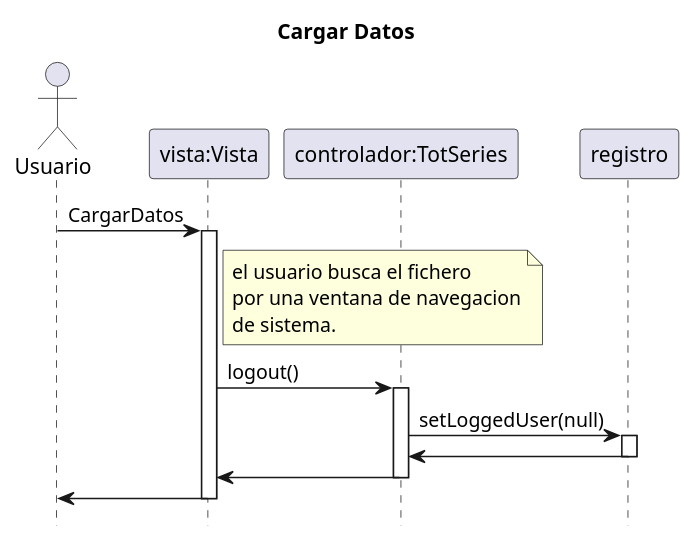
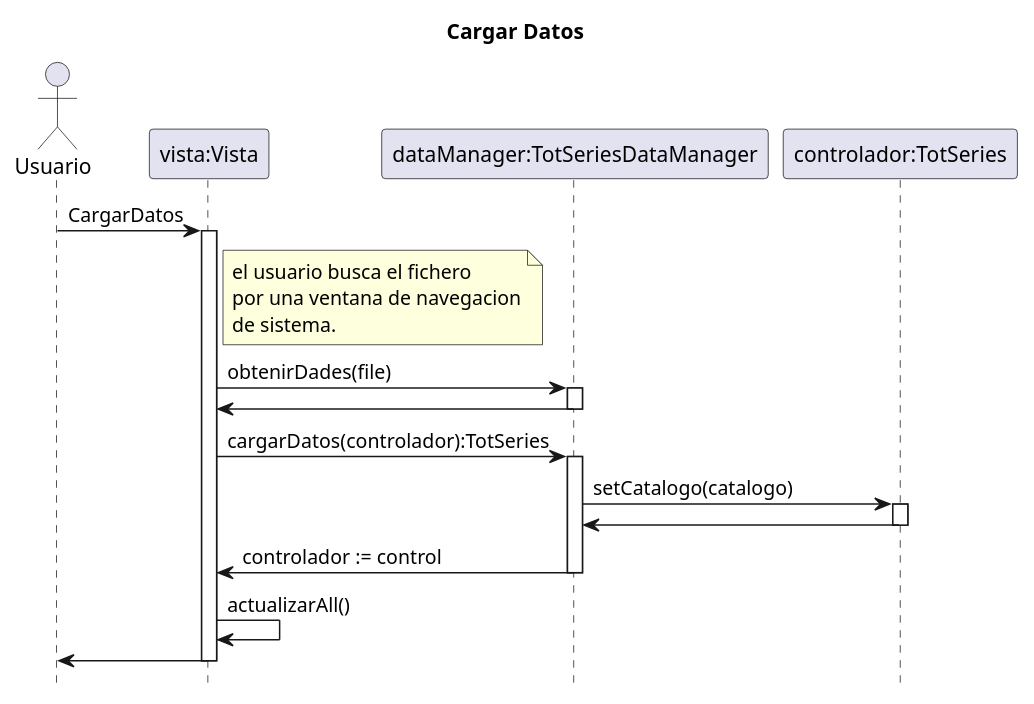
The diagram in src/totseries/Uml/Secuencia/Diagrama de secuencia CargarDatos.puml (MrViciao/TotSeries), drawn with PlantUML before and after one commit. The commit also changed 8 other files, not shown here.

Commit message:
Elimine los diagramas de secuencia anteriores Actualizacion de Diagrama AsignarVIP y cargarDatos

```diff
--- a/src/totseries/Uml/Secuencia/Diagrama de secuencia CargarDatos.puml
+++ b/src/totseries/Uml/Secuencia/Diagrama de secuencia CargarDatos.puml
@@ -1,26 +1,34 @@
 @startuml
 title		Cargar Datos
 hide	footbox
 
 actor	Usuario as usuario
 participant "vista:Vista" as vista
+participant "dataManager:TotSeriesDataManager" as data
 participant "controlador:TotSeries" as totseries
 
 usuario -> vista : CargarDatos
 activate vista
 note right vista
     el usuario busca el fichero
     por una ventana de navegacion
     de sistema.
 end note
-vista->totseries : logout()
+vista->data : obtenirDades(file)
+activate data
+data -> vista
+deactivate data
+vista -> data : cargarDatos(controlador):TotSeries
+activate data
+data -> totseries : setCatalogo(catalogo)
 activate totseries
-totseries -> registro :setLoggedUser(null)
-activate registro
-registro -> totseries
-deactivate registro
-totseries -> vista 
+totseries -> data
 deactivate totseries
+
+data -> vista : controlador := control
+deactivate data
+vista -> vista: actualizarAll()
 vista -> usuario
 deactivate vista
+
 @enduml
```
